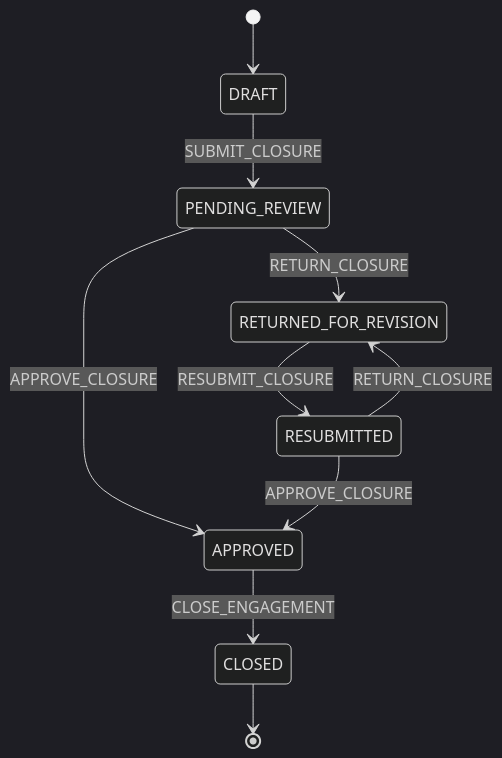
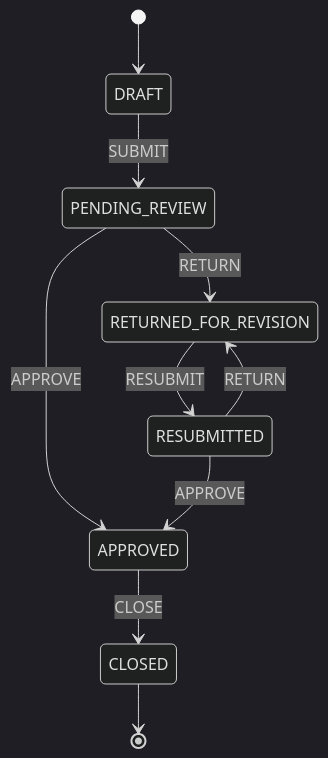
Diagram 11 of 11 in docs/AEMS_WORKFLOW_DESIGN.md (kgdacalosciascdo/agis-wireframe), drawn with Mermaid (dark theme) before and after one commit. The commit also changed other lines of this file and 30 other files, not shown here.

````diff
--- a/docs/AEMS_WORKFLOW_DESIGN.md
+++ b/docs/AEMS_WORKFLOW_DESIGN.md
@@ -533,12 +511,12 @@
 ```mermaid
 stateDiagram-v2
     [*] --> DRAFT
-    DRAFT --> PENDING_REVIEW: SUBMIT_CLOSURE
-    PENDING_REVIEW --> RETURNED_FOR_REVISION: RETURN_CLOSURE
-    RETURNED_FOR_REVISION --> RESUBMITTED: RESUBMIT_CLOSURE
-    RESUBMITTED --> RETURNED_FOR_REVISION: RETURN_CLOSURE
-    PENDING_REVIEW --> APPROVED: APPROVE_CLOSURE
-    RESUBMITTED --> APPROVED: APPROVE_CLOSURE
-    APPROVED --> CLOSED: CLOSE_ENGAGEMENT
+    DRAFT --> PENDING_REVIEW: SUBMIT
+    PENDING_REVIEW --> RETURNED_FOR_REVISION: RETURN
+    RETURNED_FOR_REVISION --> RESUBMITTED: RESUBMIT
+    RESUBMITTED --> RETURNED_FOR_REVISION: RETURN
+    PENDING_REVIEW --> APPROVED: APPROVE
+    RESUBMITTED --> APPROVED: APPROVE
+    APPROVED --> CLOSED: CLOSE
     CLOSED --> [*]
 ```
````
